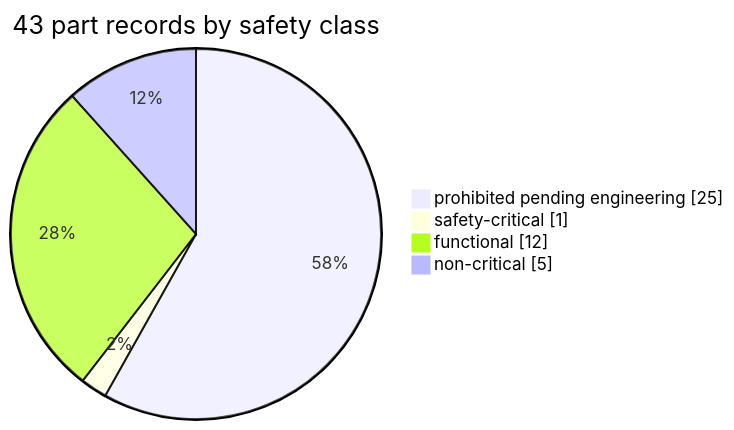
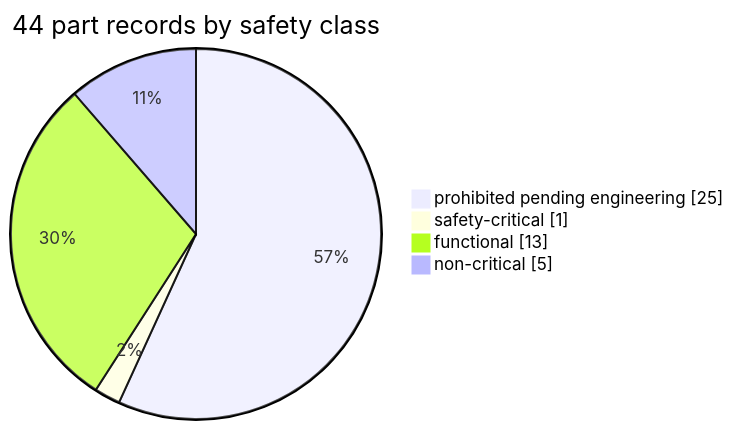
The third of 5 diagrams in docs/ENGINEERING_OVERVIEW.md (cluster2600/porscheparts), drawn with Mermaid before and after one commit. The commit also changed other lines of this file and 22 other files, not shown here.

````diff
--- a/docs/ENGINEERING_OVERVIEW.md
+++ b/docs/ENGINEERING_OVERVIEW.md
@@ -535,7 +536,7 @@
 ```mermaid
-pie showData title 43 part records by safety class
+pie showData title 44 part records by safety class
     "prohibited pending engineering" : 25
     "safety-critical" : 1
-    "functional" : 12
+    "functional" : 13
     "non-critical" : 5
 ```
````
